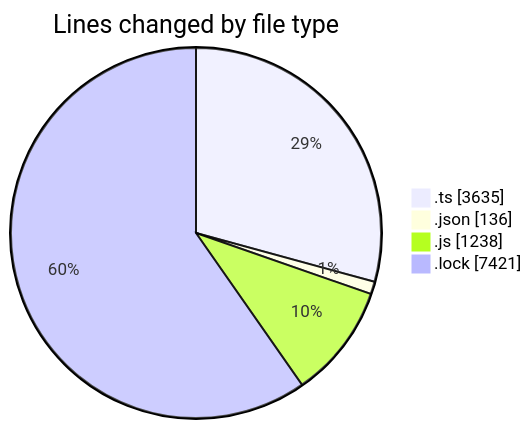
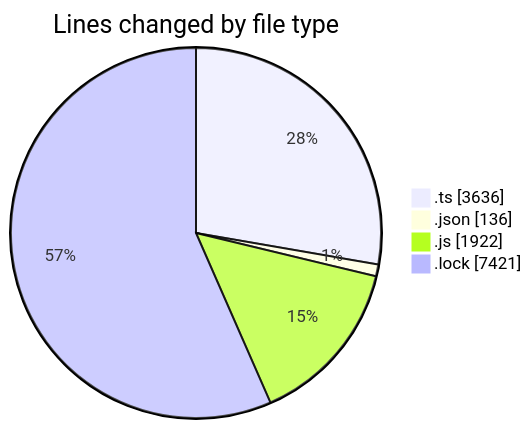
The first of 2 diagrams in 2025-07-30/cda/README.md (momahboobian/code-tracking), drawn with Mermaid before and after one commit. The commit also changed other lines of this file and 1 other file, not shown here.

````diff
--- a/2025-07-30/cda/README.md
+++ b/2025-07-30/cda/README.md
@@ -28,8 +29,8 @@
 ```mermaid
 pie showData
 title Lines changed by file type
-".ts" : 3635
+".ts" : 3636
 ".json" : 136
-".js" : 1238
+".js" : 1922
 ".lock" : 7421
 ```
````
